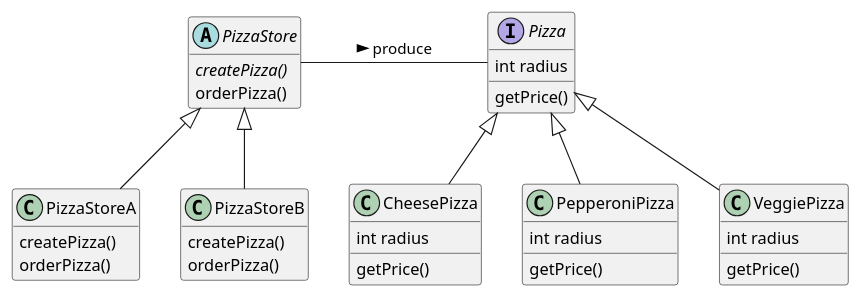
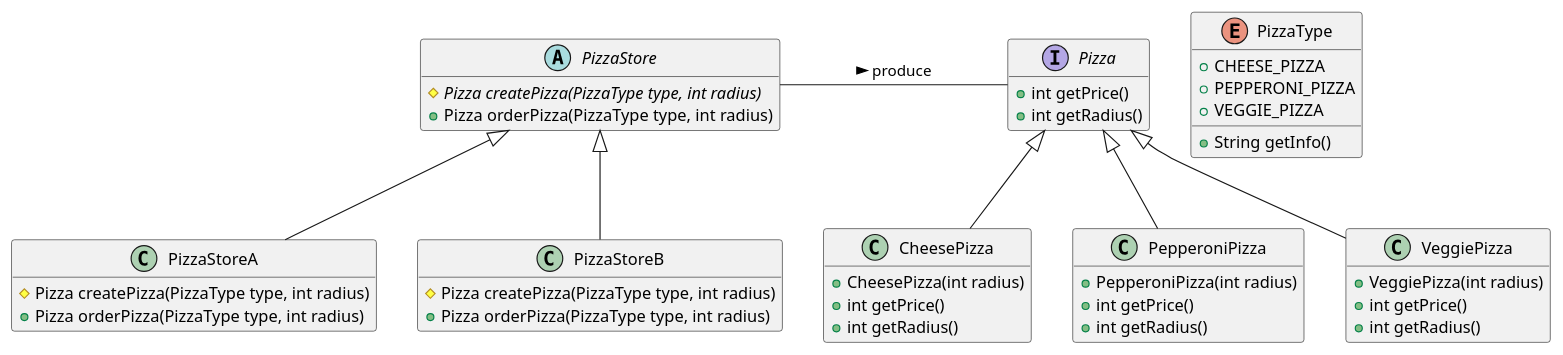
One commit to gama79530/DesignPattern changed the diagram in FactoryMethodPattern/example.puml. Above: the diagram before and after it, drawn with PlantUML. The commit also changed 17 other files, not shown here.

```diff
--- a/FactoryMethodPattern/example.puml
+++ b/FactoryMethodPattern/example.puml
@@ -1,47 +1,58 @@
 @startuml example
 hide empty members
 
 abstract class PizzaStore{
-    {abstract}createPizza()
-    orderPizza()
+    # {abstract} Pizza createPizza(PizzaType type, int radius)
+    + Pizza orderPizza(PizzaType type, int radius)
 }
 
 class PizzaStoreA{
-    createPizza()
-    orderPizza()
+    # Pizza createPizza(PizzaType type, int radius)
+    + Pizza orderPizza(PizzaType type, int radius)
 }
 
 class PizzaStoreB{
-    createPizza()
-    orderPizza()
+    # Pizza createPizza(PizzaType type, int radius)
+    + Pizza orderPizza(PizzaType type, int radius)
+}
+
+enum PizzaType{
+    + CHEESE_PIZZA
+    + PEPPERONI_PIZZA
+    + VEGGIE_PIZZA
+
+    + String getInfo()
 }
 
 interface Pizza{
-    int radius
-    getPrice()
+    + int getPrice()
+    + int getRadius()
 }
 
 class CheesePizza{
-    int radius
-    getPrice()
+    + CheesePizza(int radius)
+    + int getPrice()
+    + int getRadius()
 }
 
 class PepperoniPizza{
-    int radius
-    getPrice()
+    + PepperoniPizza(int radius)
+    + int getPrice()
+    + int getRadius()
 }
 
 class VeggiePizza{
-    int radius
-    getPrice()
+    + VeggiePizza(int radius)
+    + int getPrice()
+    + int getRadius()
 }
 
 PizzaStore <|-- PizzaStoreA
 PizzaStore <|-- PizzaStoreB
 Pizza <|-- CheesePizza
 Pizza <|-- VeggiePizza
 Pizza <|-- PepperoniPizza
 
 PizzaStore - Pizza : > produce 
 
 @enduml
```
